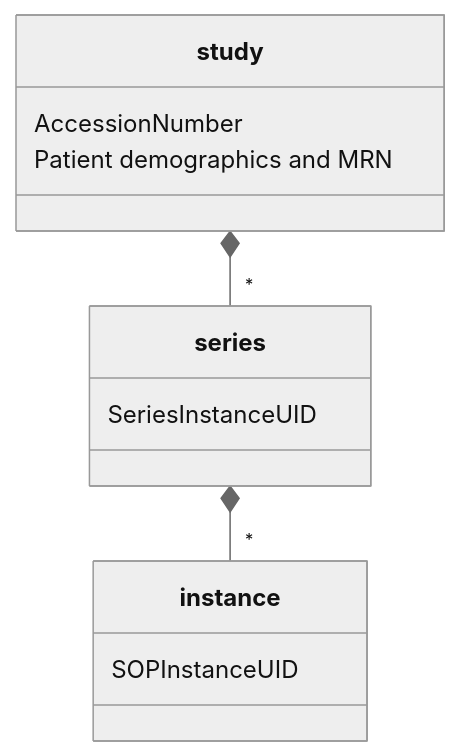
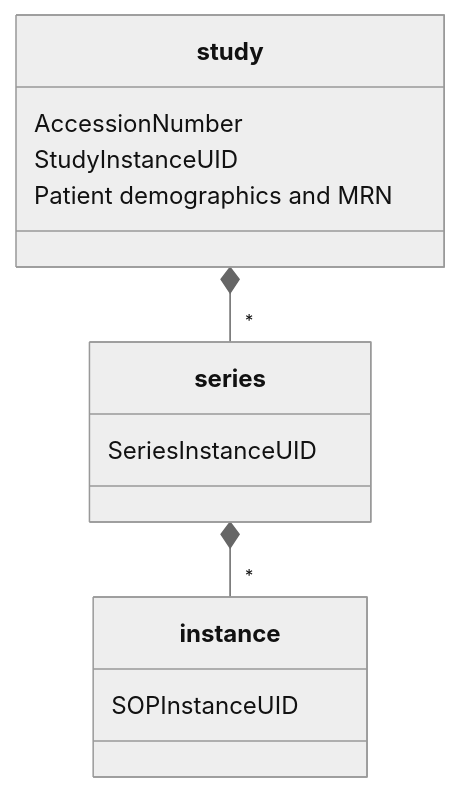
The fourth of 6 diagrams in FHIRmodelAndIdentifiers.md (sync-for-science/imaging), drawn with Mermaid (neutral theme) before and after one commit.

Commit message:
StudyInstanceUID missing from DICOM model

````diff
--- a/FHIRmodelAndIdentifiers.md
+++ b/FHIRmodelAndIdentifiers.md
@@ -88,15 +88,16 @@
 ```mermaid
 classDiagram
     class study {
         AccessionNumber
+        StudyInstanceUID
         Patient demographics and MRN
     }
     class series {
         SeriesInstanceUID
     }
     study *-- "*" series
     class instance {
         SOPInstanceUID
     }
     series *-- "*" instance
 ```
````
